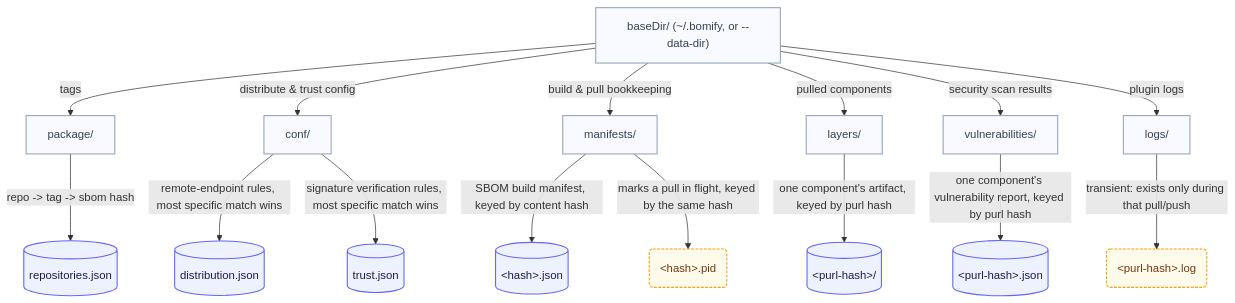
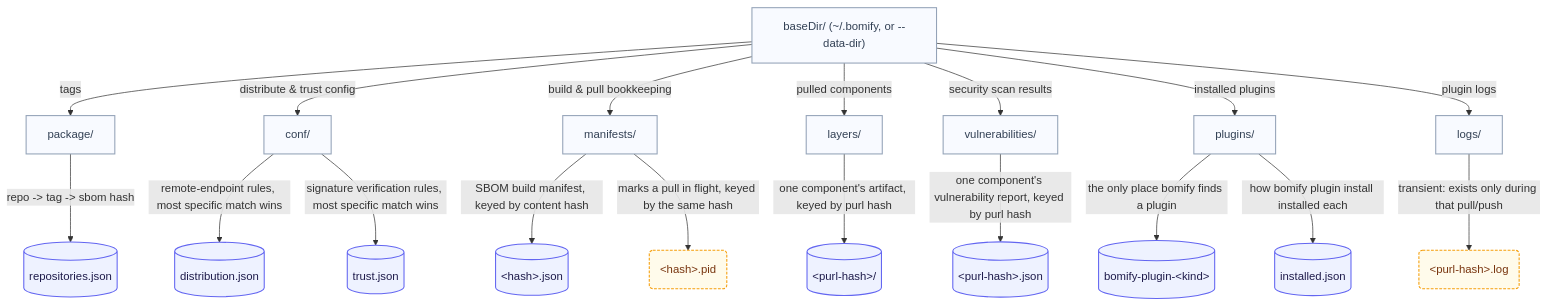
One commit to alejandro-velasco/bomify changed the diagram in docs/diagrams/data-directory.mmd. Above: the diagram before and after it, drawn with Mermaid. The commit also changed 56 other files, not shown here.

First line of the commit message:
feat(plugin)!: install plugins from OCI registries with `bomify plugin install`

```diff
--- a/docs/diagrams/data-directory.mmd
+++ b/docs/diagrams/data-directory.mmd
@@ -1,30 +1,34 @@
 flowchart TD
     classDef dir fill:#F8FAFF,stroke:#94A3B8,stroke-width:1.5px,color:#334155
     classDef store fill:#EEF2FF,stroke:#6366F1,stroke-width:1.5px,color:#1e1b4b
     classDef transient fill:#FFFBEB,stroke:#F59E0B,stroke-width:1.5px,stroke-dasharray:4 2,color:#78350f
 
     Root["baseDir/ (~/.bomify, or --data-dir)"]
 
     Root -->|"tags"| Package["package/"]
     Package -->|"repo -&gt; tag -&gt; sbom hash"| Repos[("repositories.json")]
 
     Root -->|"distribute & trust config"| Conf["conf/"]
     Conf -->|"remote-endpoint rules, most specific match wins"| DistConfig[("distribution.json")]
     Conf -->|"signature verification rules, most specific match wins"| TrustConfig[("trust.json")]
 
     Root -->|"build & pull bookkeeping"| Manifests["manifests/"]
     Manifests -->|"SBOM build manifest, keyed by content hash"| ManifestFile[("&lt;hash&gt;.json")]
     Manifests -->|"marks a pull in flight, keyed by the same hash"| PidFile("&lt;hash&gt;.pid")
 
     Root -->|"pulled components"| Layers["layers/"]
     Layers -->|"one component's artifact, keyed by purl hash"| LayerDir[("&lt;purl-hash&gt;/")]
 
     Root -->|"security scan results"| Vulns["vulnerabilities/"]
     Vulns -->|"one component's vulnerability report, keyed by purl hash"| ReportFile[("&lt;purl-hash&gt;.json")]
 
+    Root -->|"installed plugins"| Plugins["plugins/"]
+    Plugins -->|"the only place bomify finds a plugin"| PluginBin[("bomify-plugin-&lt;kind&gt;")]
+    Plugins -->|"how bomify plugin install installed each"| PluginIndex[("installed.json")]
+
     Root -->|"plugin logs"| Logs["logs/"]
     Logs -->|"transient: exists only during that pull/push"| LogFile("&lt;purl-hash&gt;.log")
 
-    class Root,Package,Conf,Manifests,Layers,Vulns,Logs dir
-    class Repos,DistConfig,TrustConfig,ManifestFile,LayerDir,ReportFile store
+    class Root,Package,Conf,Manifests,Layers,Vulns,Plugins,Logs dir
+    class Repos,DistConfig,TrustConfig,ManifestFile,LayerDir,ReportFile,PluginBin,PluginIndex store
     class PidFile,LogFile transient
```
